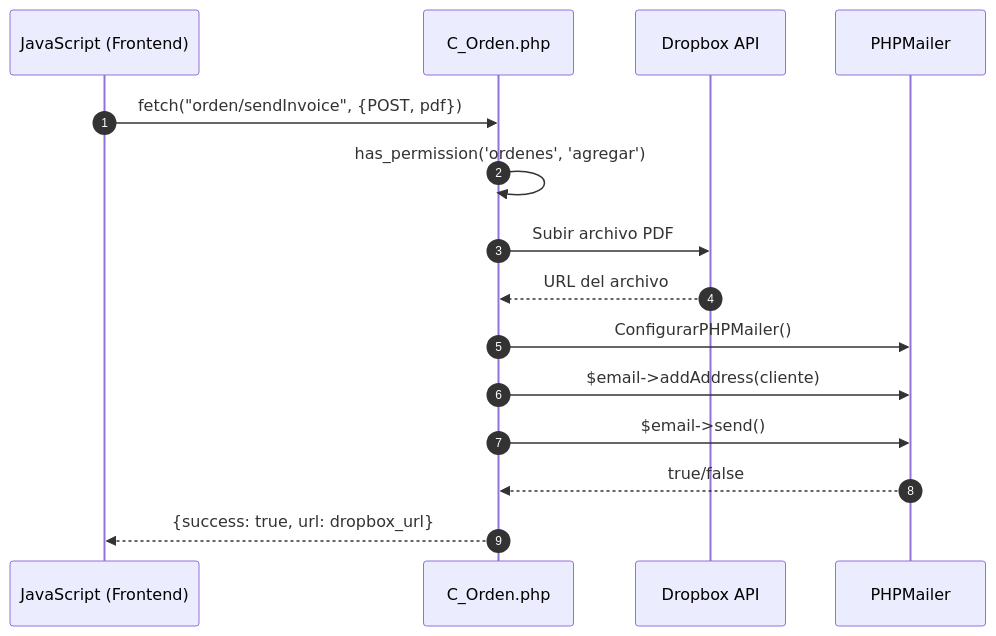
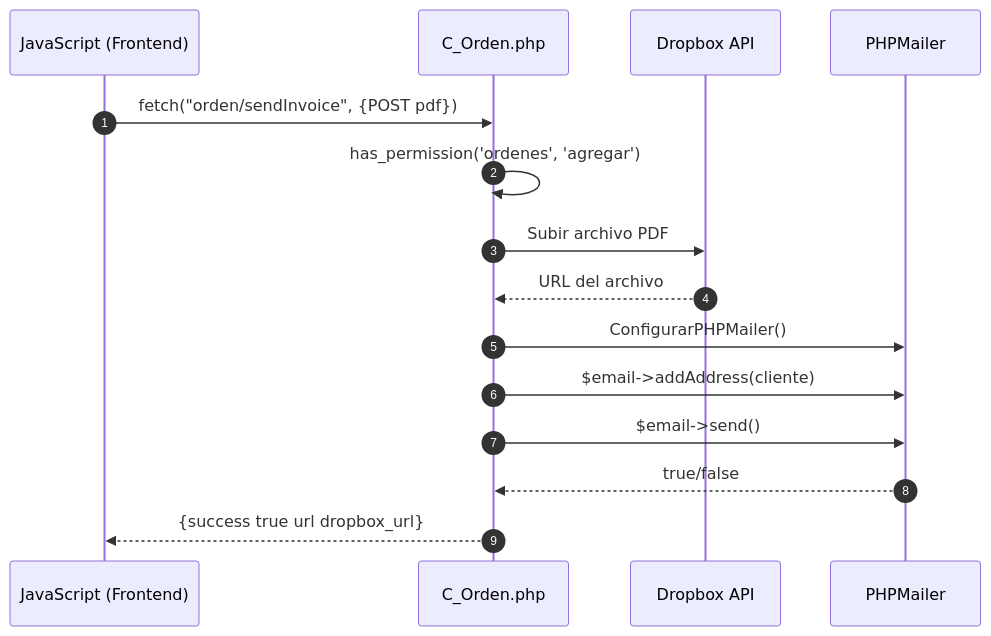
Before and after one commit to Tecrato/BurgerHouse: the sixth of 6 diagrams in docs/secuencia/ordenes/agregar_orden.md, drawn with Mermaid. The commit also changed other lines of this file and 13 other files, not shown here.

Commit message:
diagramas de secuencia

````diff
--- a/docs/secuencia/ordenes/agregar_orden.md
+++ b/docs/secuencia/ordenes/agregar_orden.md
@@ -211,22 +211,22 @@
 ```mermaid
 sequenceDiagram
     autonumber
     participant JS as JavaScript (Frontend)
     participant C_Orden as C_Orden.php
     participant Dropbox as Dropbox API
     participant Email as PHPMailer
     
-    JS->>C_Orden: fetch("orden/sendInvoice", {POST, pdf})
+    JS->>C_Orden: fetch("orden/sendInvoice", {POST pdf})
     
     C_Orden->>C_Orden: has_permission('ordenes', 'agregar')
     
     C_Orden->>Dropbox: Subir archivo PDF
     Dropbox-->>C_Orden: URL del archivo
     
     C_Orden->>Email: ConfigurarPHPMailer()
     C_Orden->>Email: $email->addAddress(cliente)
     C_Orden->>Email: $email->send()
     Email-->>C_Orden: true/false
     
-    C_Orden-->>JS: {success: true, url: dropbox_url}
+    C_Orden-->>JS: {success true url dropbox_url}
 ```
````
